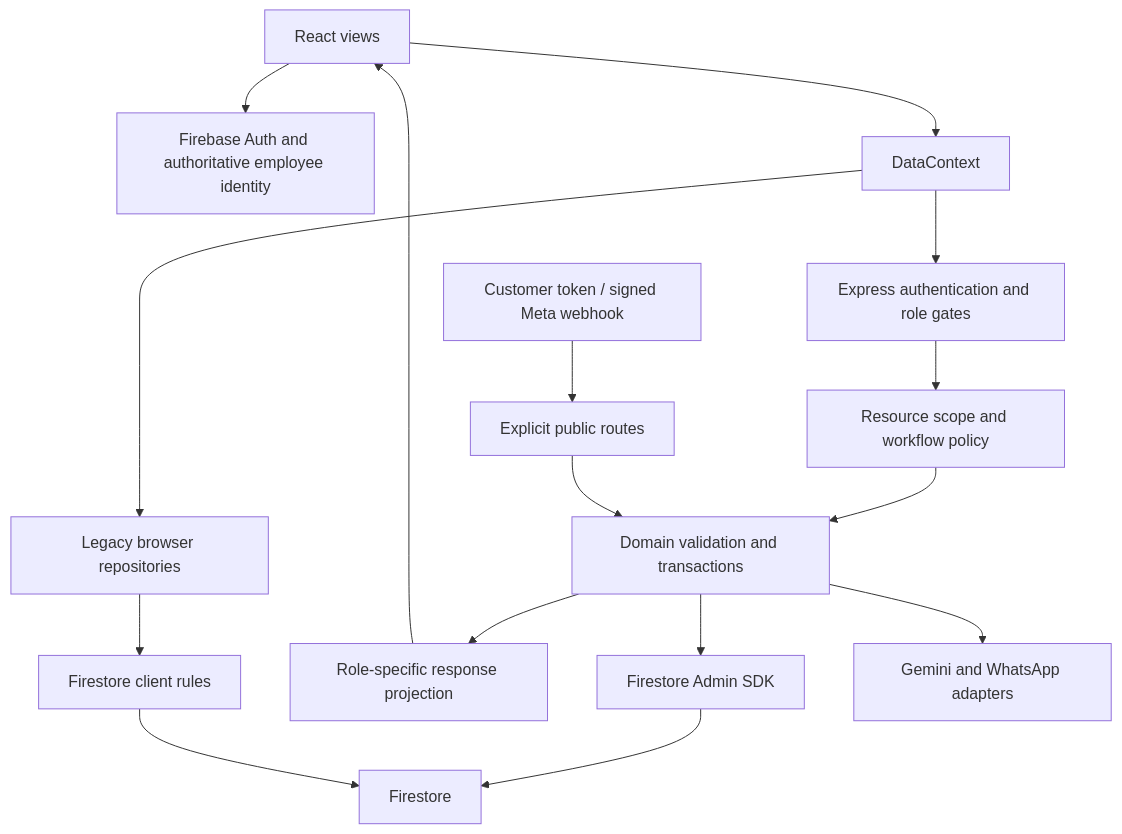
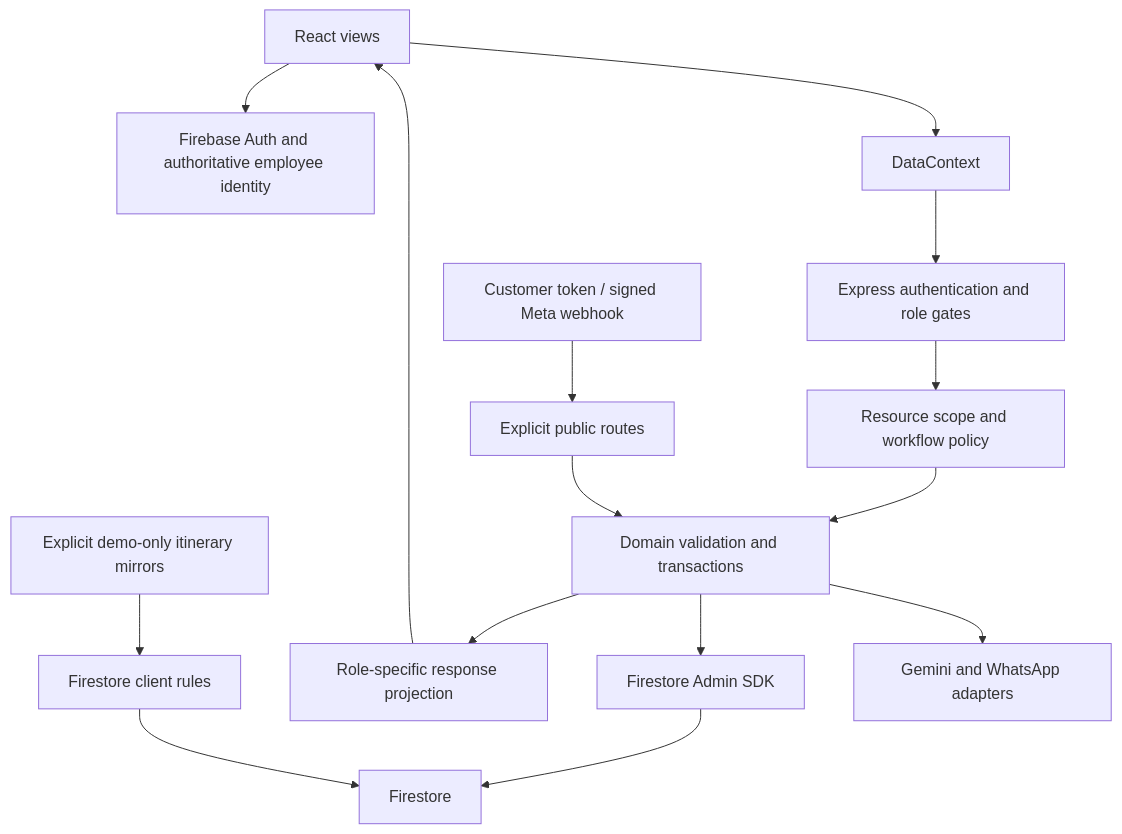
One commit to suhaibhamid04/BBOS changed the diagram in docs/audits/BBOS_ARCHITECTURE_REVIEW.md. Above: the diagram before and after it, drawn with Mermaid. The commit also changed other lines of this file and 7 other files, not shown here.

````diff
--- a/docs/audits/BBOS_ARCHITECTURE_REVIEW.md
+++ b/docs/audits/BBOS_ARCHITECTURE_REVIEW.md
@@ -21,18 +21,17 @@
 ```mermaid
 flowchart TD
   UI[React views] --> AUTH[Firebase Auth and authoritative employee identity]
   UI --> DC[DataContext]
   DC --> API[Express authentication and role gates]
   API --> POLICY[Resource scope and workflow policy]
   POLICY --> DOMAIN[Domain validation and transactions]
   DOMAIN --> ADMIN[Firestore Admin SDK]
   DOMAIN --> DTO[Role-specific response projection]
   DTO --> UI
-  DC --> LEGACY[Legacy browser repositories]
-  LEGACY --> RULES[Firestore client rules]
   ADMIN --> DB[Firestore]
+  DEMO[Explicit demo-only itinerary mirrors] --> RULES[Firestore client rules]
   RULES --> DB
   DOMAIN --> EXT[Gemini and WhatsApp adapters]
   PUBLIC[Customer token / signed Meta webhook] --> PUBLICAPI[Explicit public routes]
   PUBLICAPI --> DOMAIN
 ```
````
